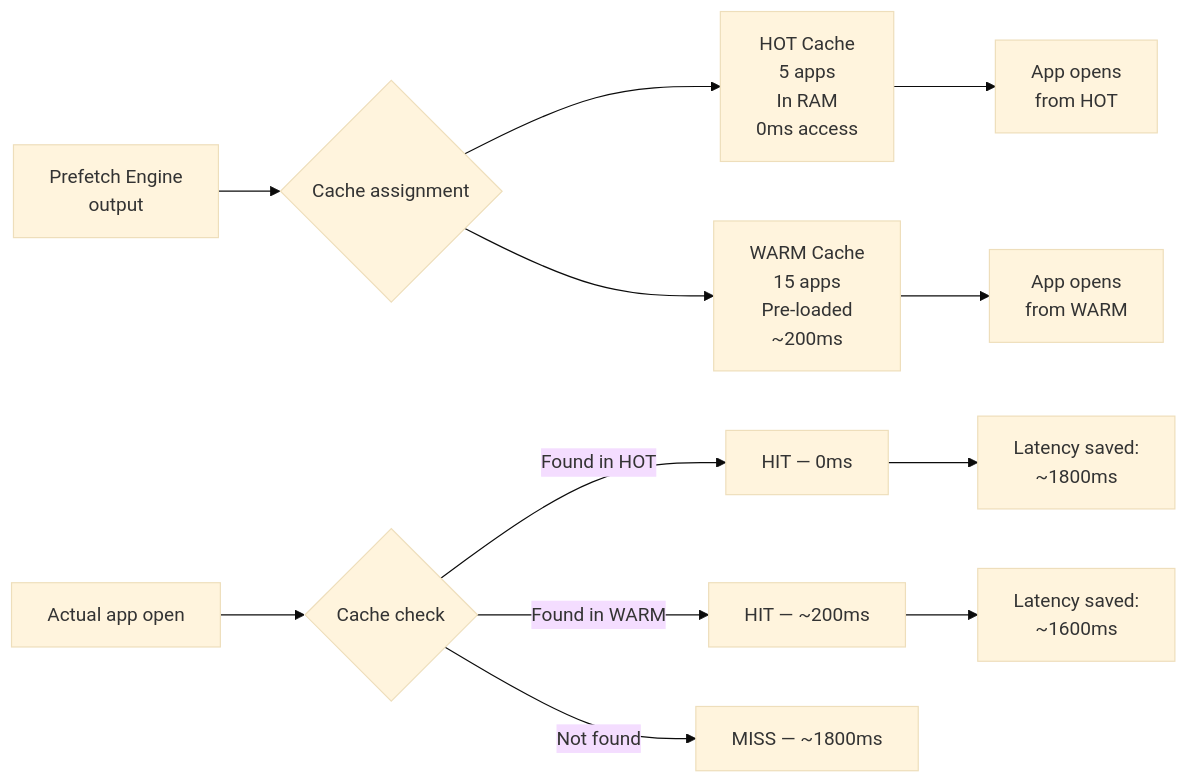
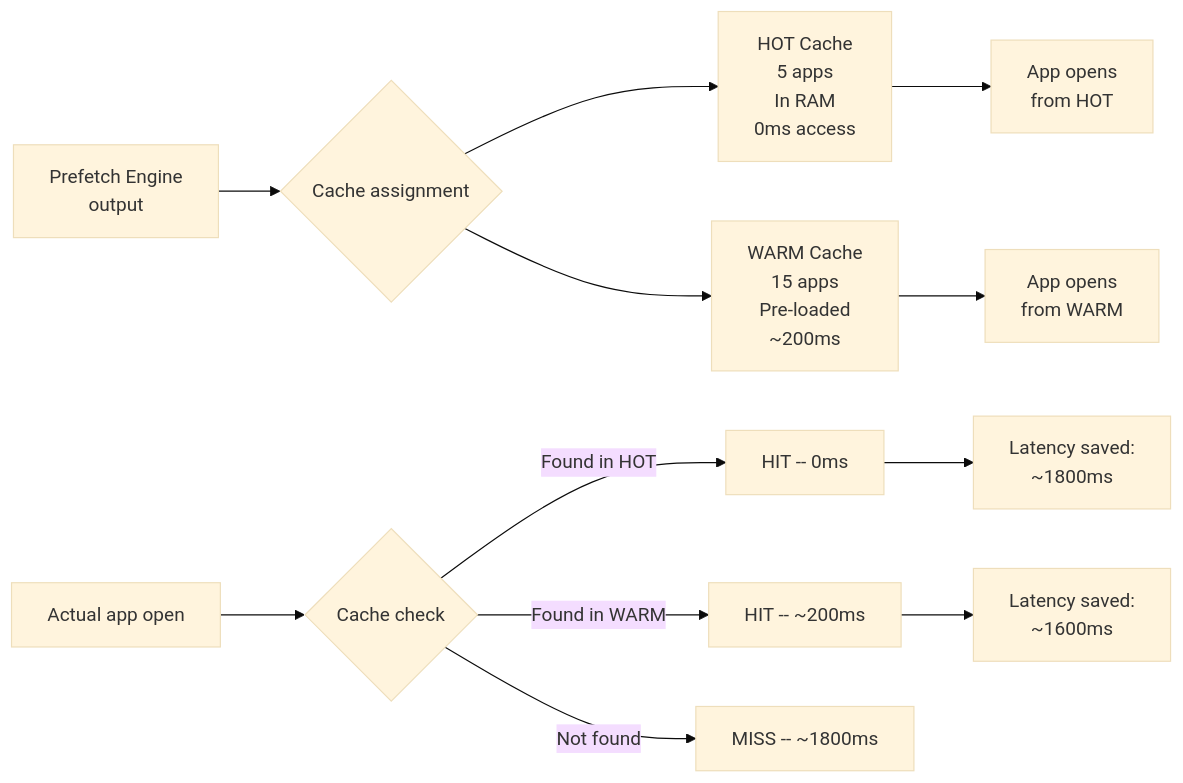
The third of 6 diagrams in docs/architecture.md (Jdepp007004/GraphMind), drawn with Mermaid (base theme) before and after one commit. The commit also changed other lines of this file and 9 other files, not shown here.

````diff
--- a/docs/architecture.md
+++ b/docs/architecture.md
@@ -370,14 +370,14 @@
 ```mermaid
 flowchart LR
     A[Prefetch Engine\noutput] --> B{Cache assignment}
     B --> C[HOT Cache\n5 apps\nIn RAM\n0ms access]
     B --> D[WARM Cache\n15 apps\nPre-loaded\n~200ms]
     C --> E[App opens\nfrom HOT]
     D --> F[App opens\nfrom WARM]
     G[Actual app open] --> H{Cache check}
-    H -->|Found in HOT| I[HIT — 0ms]
-    H -->|Found in WARM| J[HIT — ~200ms]
-    H -->|Not found| K[MISS — ~1800ms]
+    H -->|Found in HOT| I[HIT -- 0ms]
+    H -->|Found in WARM| J[HIT -- ~200ms]
+    H -->|Not found| K[MISS -- ~1800ms]
     I --> L[Latency saved:\n~1800ms]
     J --> M[Latency saved:\n~1600ms]
 ```
````
